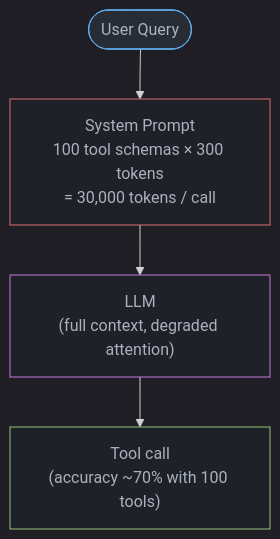
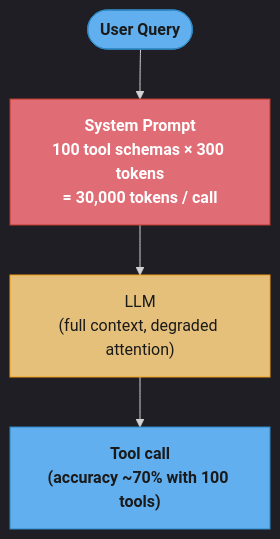
The first of 4 diagrams in src/main/java/com/rutik/systemdesign/llm/agents_and_tool_use/tool_selection_at_scale.md (rppol/system-design), drawn with Mermaid before and after one commit. The commit also changed other lines of this file and 88 other files, not shown here.

````diff
--- a/src/main/java/com/rutik/systemdesign/llm/agents_and_tool_use/tool_selection_at_scale.md
+++ b/src/main/java/com/rutik/systemdesign/llm/agents_and_tool_use/tool_selection_at_scale.md
@@ -81,17 +81,19 @@
 ```mermaid
 %%{init: {'flowchart': {'curve': 'basis'}, 'theme': 'dark'}}%%
 flowchart TD
+    classDef io      fill:#61afef,stroke:#2e86c1,color:#1a1a1a,font-weight:bold
+    classDef frozen  fill:#c678dd,stroke:#9b59b6,color:#fff
+    classDef train   fill:#98c379,stroke:#27ae60,color:#1a1a1a
+    classDef mathOp  fill:#d19a66,stroke:#e67e22,color:#1a1a1a,font-weight:bold
+    classDef lossN   fill:#e06c75,stroke:#c0392b,color:#fff,font-weight:bold
+    classDef req     fill:#56b6c2,stroke:#0097a7,color:#1a1a1a
+    classDef base    fill:#e5c07b,stroke:#f39c12,color:#1a1a1a
+
     Query([User Query]) --> Prompt
     Prompt["System Prompt\n100 tool schemas × 300 tokens\n= 30,000 tokens / call"] --> LLM
     LLM["LLM\n(full context, degraded attention)"] --> Call["Tool call\n(accuracy ~70% with 100 tools)"]
 
-    classDef io     fill:#282c34,stroke:#61afef,color:#abb2bf
-    classDef proc   fill:#1e2127,stroke:#98c379,color:#abb2bf
-    classDef llm    fill:#1e2127,stroke:#c678dd,color:#abb2bf
-    classDef warn   fill:#1e2127,stroke:#e06c75,color:#abb2bf
-
-    class Query io
-    class Prompt warn
-    class LLM llm
-    class Call proc
+    class Query,Call io
+    class Prompt lossN
+    class LLM base
 ```
````
